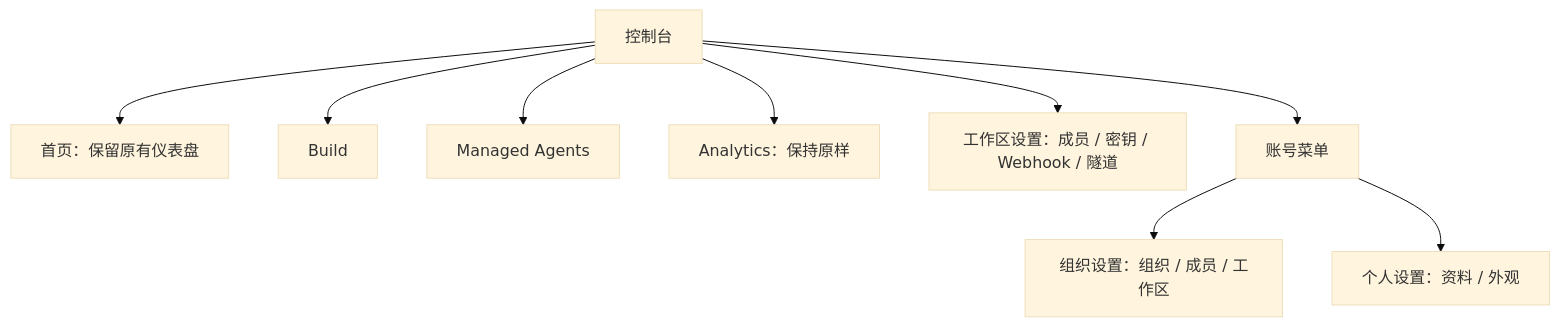
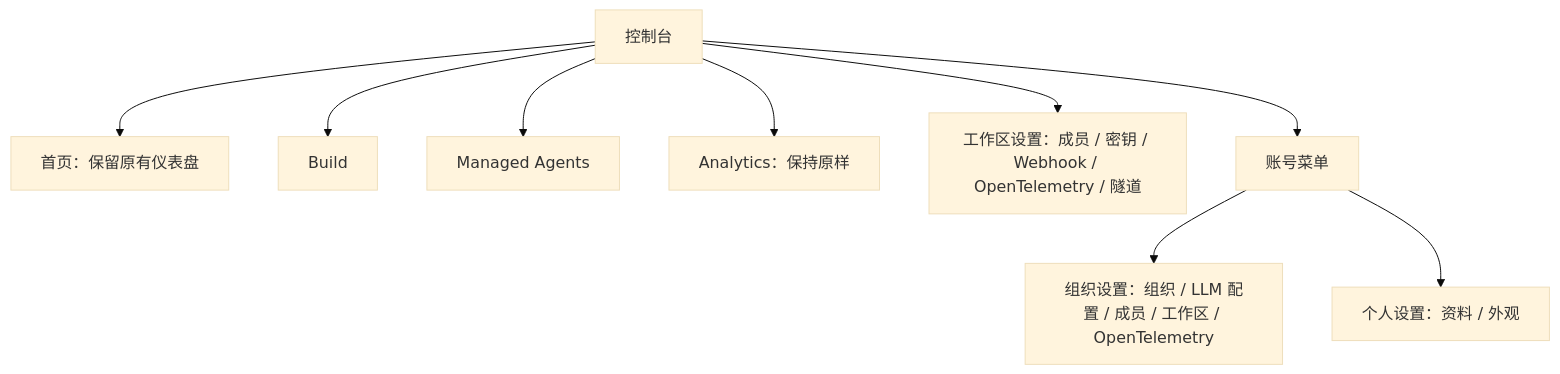
Before and after one commit to superduck-ai/open-managed-agents: the diagram in docs/design/fe/console-sidebar.md, drawn with Mermaid (base theme). The commit also changed other lines of this file and 177 other files, not shown here.

````diff
--- a/docs/design/fe/console-sidebar.md
+++ b/docs/design/fe/console-sidebar.md
@@ -24,11 +24,11 @@
 ```mermaid
 flowchart TD
   Console[控制台] --> Home[首页：保留原有仪表盘]
   Console --> Build[Build]
   Console --> Agents[Managed Agents]
   Console --> Analytics[Analytics：保持原样]
-  Console --> Workspace[工作区设置：成员 / 密钥 / Webhook / 隧道]
+  Console --> Workspace[工作区设置：成员 / 密钥 / Webhook / OpenTelemetry / 隧道]
   Console --> Account[账号菜单]
-  Account --> Org[组织设置：组织 / 成员 / 工作区]
+  Account --> Org[组织设置：组织 / LLM 配置 / 成员 / 工作区 / OpenTelemetry]
   Account --> Personal[个人设置：资料 / 外观]
 ```
````
